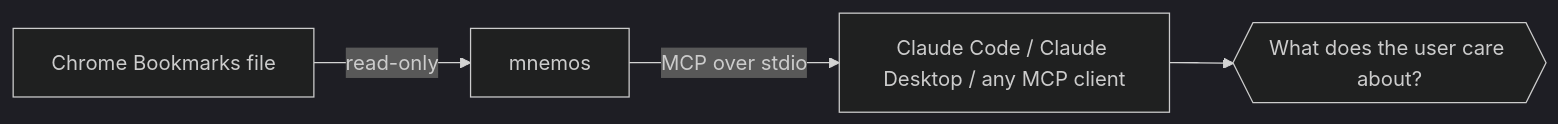
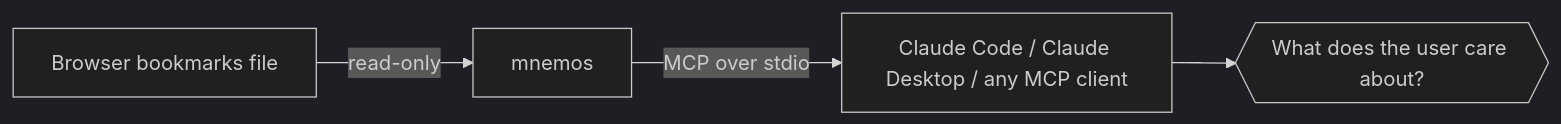
Before and after one commit to noesis-sol/mnemos: the diagram in README.md, drawn with Mermaid (dark theme). The commit also changed other lines of this file and 12 other files, not shown here.

First line of the commit message:
mnemos-xp1: read bookmarks and descriptions from Edge, Brave, Vivaldi, Chromium, Firefox and Safari

````diff
--- a/README.md
+++ b/README.md
@@ -36,6 +36,6 @@
 ```mermaid
 flowchart LR
-    A[Chrome Bookmarks file] -->|read-only| B[mnemos]
+    A[Browser bookmarks file] -->|read-only| B[mnemos]
     B -->|MCP over stdio| C[Claude Code / Claude Desktop / any MCP client]
     C --> D{{"What does the user care about?"}}
 ```
````
